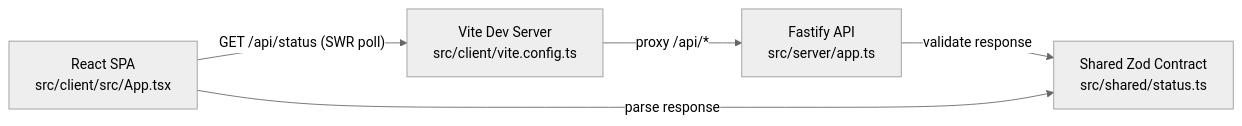
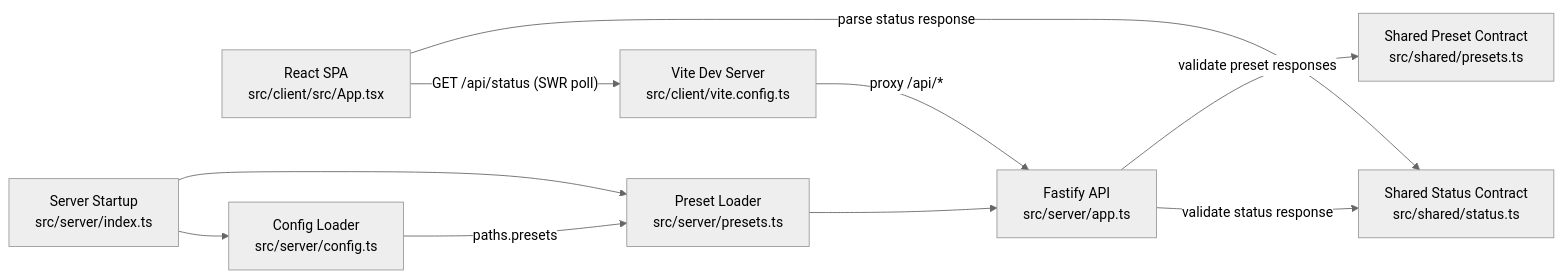
Before and after one commit to marianban/fuzzy-guacamole: the first of 3 diagrams in docs/architecture.MD, drawn with Mermaid (neutral theme). The commit also changed other lines of this file and 8 other files, not shown here.

Commit message:
feat: implement preset loading and API routes, including config management

````diff
--- a/docs/architecture.MD
+++ b/docs/architecture.MD
@@ -7,12 +7,21 @@
 ```mermaid
 flowchart LR
   Browser["React SPA<br/>src/client/src/App.tsx"]
   Vite["Vite Dev Server<br/>src/client/vite.config.ts"]
   API["Fastify API<br/>src/server/app.ts"]
-  Shared["Shared Zod Contract<br/>src/shared/status.ts"]
+  SharedStatus["Shared Status Contract<br/>src/shared/status.ts"]
+  SharedPresets["Shared Preset Contract<br/>src/shared/presets.ts"]
+  Startup["Server Startup<br/>src/server/index.ts"]
+  Config["Config Loader<br/>src/server/config.ts"]
+  Presets["Preset Loader<br/>src/server/presets.ts"]
 
   Browser -->|"GET /api/status (SWR poll)"| Vite
   Vite -->|"proxy /api/*"| API
-  API -->|"validate response"| Shared
-  Browser -->|"parse response"| Shared
+  API -->|"validate status response"| SharedStatus
+  API -->|"validate preset responses"| SharedPresets
+  Browser -->|"parse status response"| SharedStatus
+  Startup --> Config
+  Startup --> Presets
+  Config -->|"paths.presets"| Presets
+  Presets --> API
 ```
````
